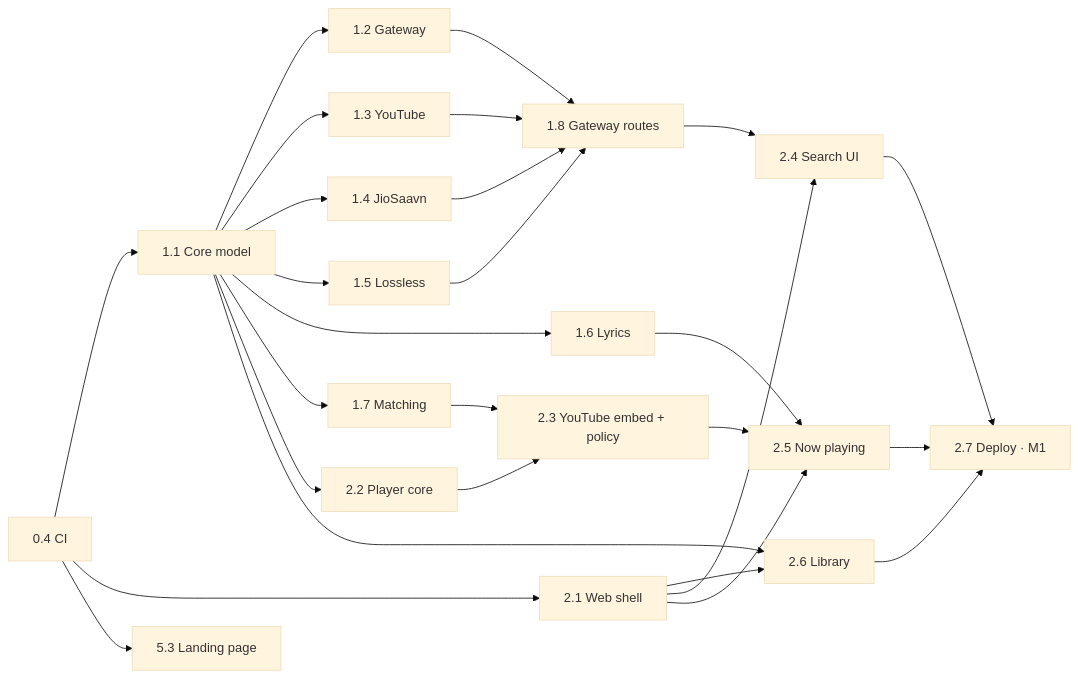
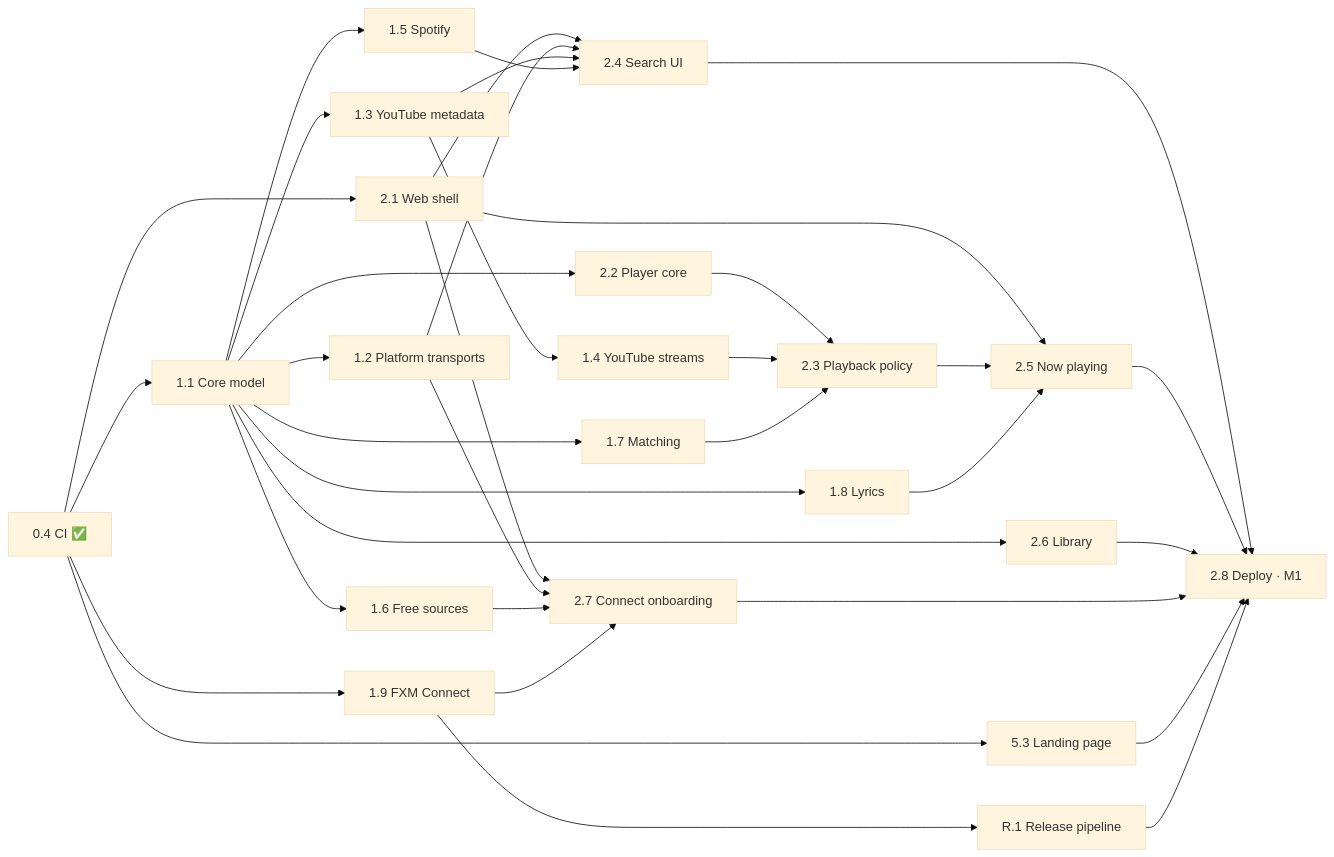
The diagram in docs/PLAN.md (Pratyay-ops/FXM), drawn with Mermaid (base theme) before and after one commit. The commit also changed other lines of this file and 3 other files, not shown here.

First line of the commit message:
docs(plan): revise architecture and roadmap for a serverless design

````diff
--- a/docs/PLAN.md
+++ b/docs/PLAN.md
@@ -28,11 +40,12 @@
 ```mermaid
 flowchart LR
-  s04["0.4 CI"] --> s11["1.1 Core model"] & s21["2.1 Web shell"] & s53["5.3 Landing page"]
-  s11 --> s12["1.2 Gateway"] & s13["1.3 YouTube"] & s14["1.4 JioSaavn"] & s15["1.5 Lossless"] & s16["1.6 Lyrics"] & s17["1.7 Matching"] & s22["2.2 Player core"] & s26["2.6 Library"]
-  s21 --> s26
-  s12 & s13 & s14 & s15 --> s18["1.8 Gateway routes"]
-  s22 & s17 --> s23["2.3 YouTube embed + policy"]
-  s21 & s18 --> s24["2.4 Search UI"]
-  s21 & s23 & s16 --> s25["2.5 Now playing"]
-  s24 & s25 & s26 --> s27["2.7 Deploy · M1"]
+  s04["0.4 CI ✅"] --> s11["1.1 Core model"] & s19["1.9 FXM Connect"] & s21["2.1 Web shell"] & s53["5.3 Landing page"]
+  s11 --> s12["1.2 Platform transports"] & s13["1.3 YouTube metadata"] & s15["1.5 Spotify"] & s16["1.6 Free sources"] & s17["1.7 Matching"] & s18["1.8 Lyrics"] & s22["2.2 Player core"] & s26["2.6 Library"]
+  s19 --> sR1["R.1 Release pipeline"]
+  s13 --> s14["1.4 YouTube streams"]
+  s21 & s12 & s13 & s15 --> s24["2.4 Search UI"]
+  s21 & s12 & s16 & s19 --> s27["2.7 Connect onboarding"]
+  s22 & s14 & s17 --> s23["2.3 Playback policy"]
+  s21 & s23 & s18 --> s25["2.5 Now playing"]
+  s24 & s25 & s26 & s27 & s53 & sR1 --> s28["2.8 Deploy · M1"]
 ```
````
